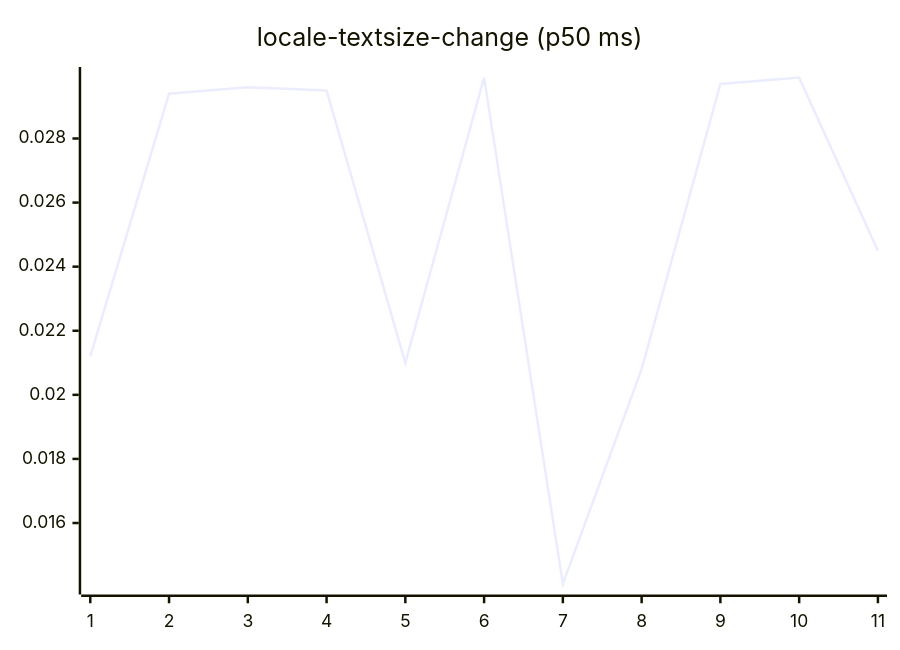
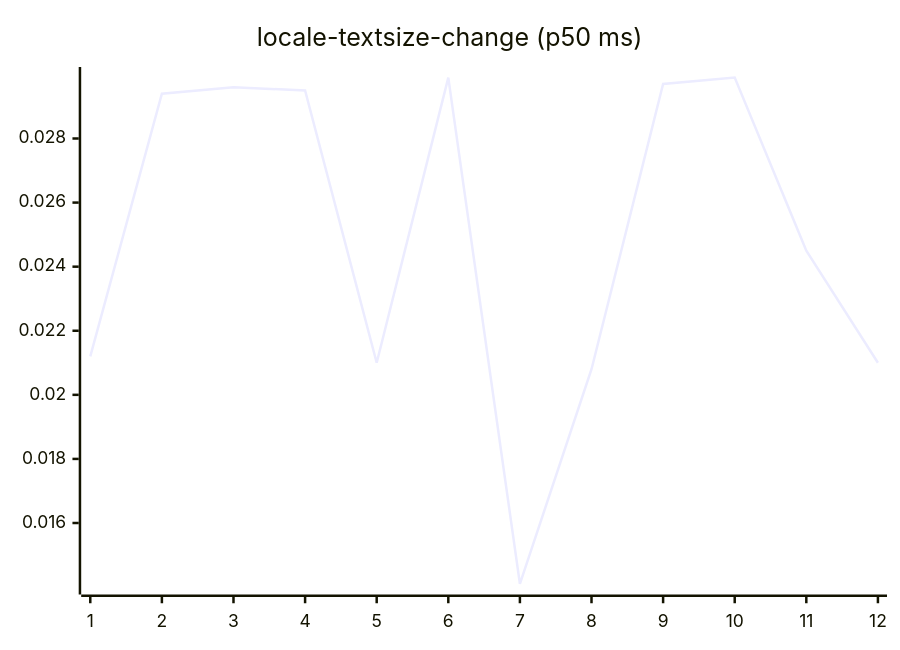
One commit to josha/Facet changed diagram 13 of 27 in README.md. Above: the diagram before and after it, drawn with Mermaid. The commit also changed other lines of this file and 2 other files, not shown here.

````diff
--- a/README.md
+++ b/README.md
@@ -147,6 +147,6 @@
 ```mermaid
 xychart-beta
     title "locale-textsize-change (p50 ms)"
-    x-axis 1 --> 11
-    line [0.0212, 0.0294, 0.0296, 0.0295, 0.0210, 0.0299, 0.0141, 0.0208, 0.0297, 0.0299, 0.0245]
+    x-axis 1 --> 12
+    line [0.0212, 0.0294, 0.0296, 0.0295, 0.0210, 0.0299, 0.0141, 0.0208, 0.0297, 0.0299, 0.0245, 0.0210]
 ```
````
